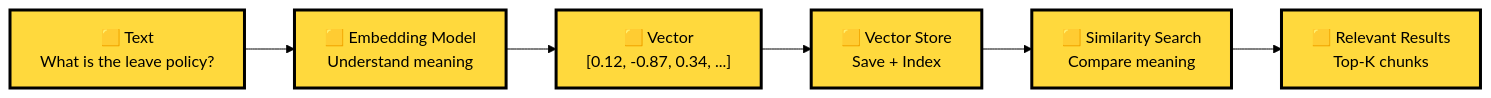
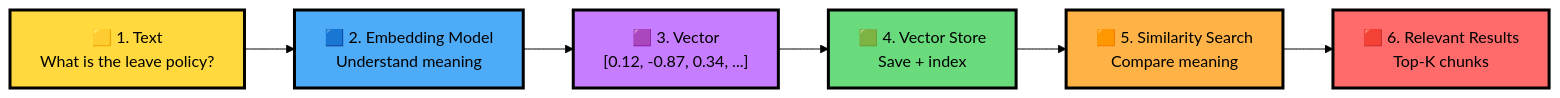
One commit to azam123/awesome-ai-engineer changed diagram 35 of 40 in GenAI-AgenticAI-MultiAgent-RAG-AgentHarness.md. Above: the diagram before and after it, drawn with Mermaid (forest theme). The commit also changed other lines of this file, not shown here.

Commit message:
docs: enhance AI mental model with colorful concept flows

````diff
--- a/GenAI-AgenticAI-MultiAgent-RAG-AgentHarness.md
+++ b/GenAI-AgenticAI-MultiAgent-RAG-AgentHarness.md
@@ -4573,14 +4575,25 @@
 ```mermaid
 flowchart LR
-    A["🟨 Text<br/>What is the leave policy?"]
-    B["🟨 Embedding Model<br/>Understand meaning"]
-    C["🟨 Vector<br/>[0.12, -0.87, 0.34, ...]"]
-    D["🟨 Vector Store<br/>Save + Index"]
-    E["🟨 Similarity Search<br/>Compare meaning"]
-    F["🟨 Relevant Results<br/>Top-K chunks"]
+    A["🟨 1. Text<br/>What is the leave policy?"]
+    B["🟦 2. Embedding Model<br/>Understand meaning"]
+    C["🟪 3. Vector<br/>[0.12, -0.87, 0.34, ...]"]
+    D["🟩 4. Vector Store<br/>Save + index"]
+    E["🟧 5. Similarity Search<br/>Compare meaning"]
+    F["🟥 6. Relevant Results<br/>Top-K chunks"]
 
     A --> B --> C --> D --> E --> F
 
     classDef yellow fill:#FFD93D,color:#000,stroke:#000,stroke-width:3px;
-    class A,B,C,D,E,F yellow;
+    classDef blue fill:#4DABF7,color:#000,stroke:#000,stroke-width:3px;
+    classDef purple fill:#C77DFF,color:#000,stroke:#000,stroke-width:3px;
+    classDef green fill:#69DB7C,color:#000,stroke:#000,stroke-width:3px;
+    classDef orange fill:#FFB347,color:#000,stroke:#000,stroke-width:3px;
+    classDef red fill:#FF6B6B,color:#000,stroke:#000,stroke-width:3px;
+
+    class A yellow;
+    class B blue;
+    class C purple;
+    class D green;
+    class E orange;
+    class F red;
 ```
````
